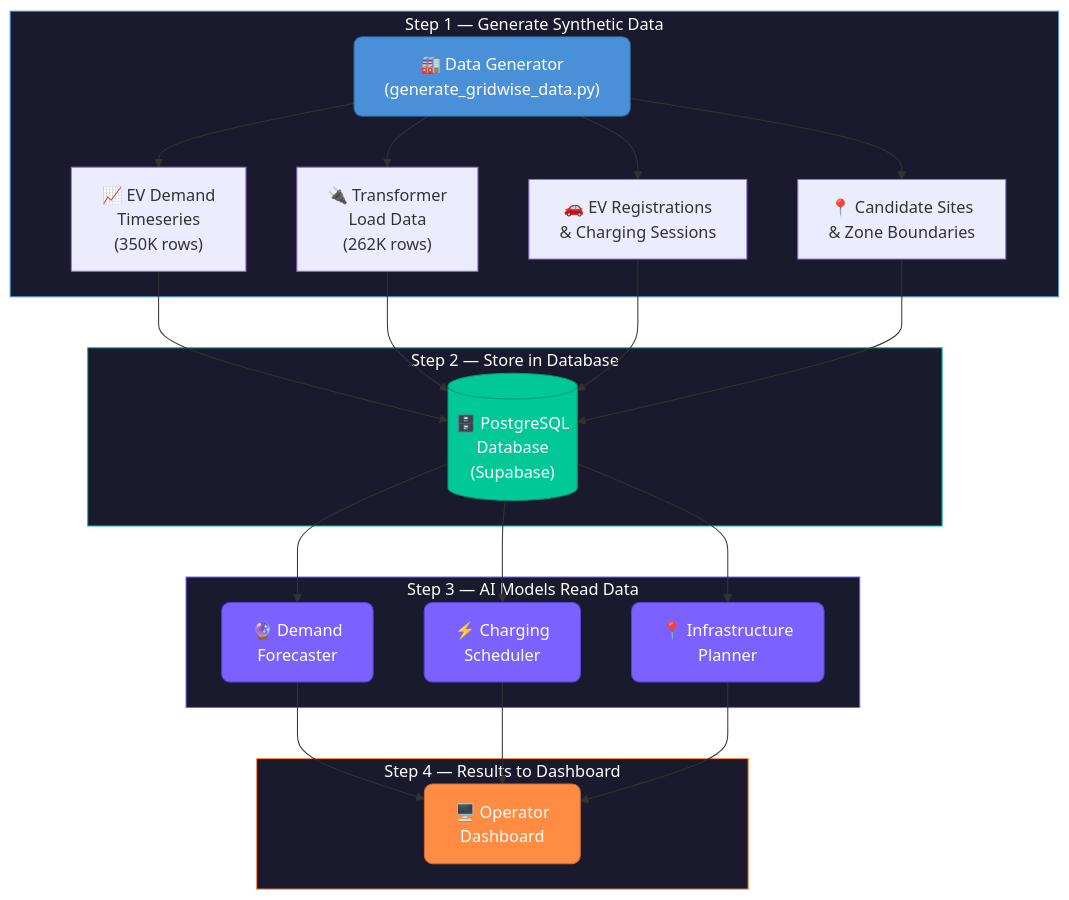
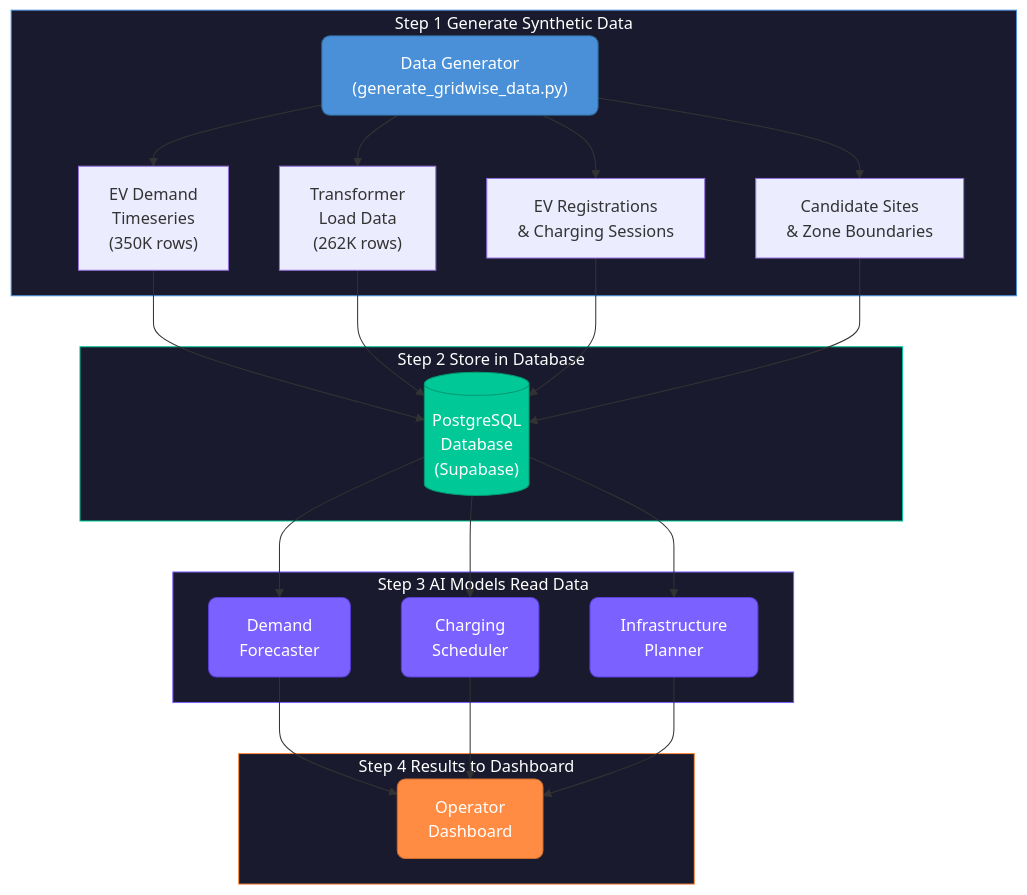
Before and after one commit to AbhimanRajCoder/VOLTARIS-AI: the second of 9 diagrams in README.md, drawn with Mermaid. The commit also changed other lines of this file, not shown here.

````diff
--- a/README.md
+++ b/README.md
@@ -330,46 +433,46 @@
 ```mermaid
 flowchart TD
-    subgraph Step1["Step 1 — Generate Synthetic Data"]
-        GEN["🏭 Data Generator\n(generate_gridwise_data.py)"]
-        GEN --> D1["📈 EV Demand\nTimeseries\n(350K rows)"]
-        GEN --> D2["🔌 Transformer\nLoad Data\n(262K rows)"]
-        GEN --> D3["🚗 EV Registrations\n& Charging Sessions"]
-        GEN --> D4["📍 Candidate Sites\n& Zone Boundaries"]
-    end
+  subgraph Step1["Step 1 Generate Synthetic Data"]
+    GEN[" Data Generator\n(generate_gridwise_data.py)"]
+    GEN --> D1[" EV Demand\nTimeseries\n(350K rows)"]
+    GEN --> D2[" Transformer\nLoad Data\n(262K rows)"]
+    GEN --> D3[" EV Registrations\n& Charging Sessions"]
+    GEN --> D4[" Candidate Sites\n& Zone Boundaries"]
+  end
 
-    subgraph Step2["Step 2 — Store in Database"]
-        DB[("🗄️ PostgreSQL\nDatabase\n(Supabase)")]
-    end
+  subgraph Step2["Step 2 Store in Database"]
+    DB[(" PostgreSQL\nDatabase\n(Supabase)")]
+  end
 
-    subgraph Step3["Step 3 — AI Models Read Data"]
-        ML1["🔮 Demand\nForecaster"]
-        ML2["⚡ Charging\nScheduler"]
-        ML3["📍 Infrastructure\nPlanner"]
-    end
+  subgraph Step3["Step 3 AI Models Read Data"]
+    ML1[" Demand\nForecaster"]
+    ML2[" Charging\nScheduler"]
+    ML3[" Infrastructure\nPlanner"]
+  end
 
-    subgraph Step4["Step 4 — Results to Dashboard"]
-        DASH["🖥️ Operator\nDashboard"]
-    end
+  subgraph Step4["Step 4 Results to Dashboard"]
+    DASH[" Operator\nDashboard"]
+  end
 
-    D1 --> DB
-    D2 --> DB
-    D3 --> DB
-    D4 --> DB
-    DB --> ML1
-    DB --> ML2
-    DB --> ML3
-    ML1 --> DASH
-    ML2 --> DASH
-    ML3 --> DASH
+  D1 --> DB
+  D2 --> DB
+  D3 --> DB
+  D4 --> DB
+  DB --> ML1
+  DB --> ML2
+  DB --> ML3
+  ML1 --> DASH
+  ML2 --> DASH
+  ML3 --> DASH
 
-    style Step1 fill:#1a1a2e,stroke:#4A90D9,color:#fff
-    style Step2 fill:#1a1a2e,stroke:#00C896,color:#fff
-    style Step3 fill:#1a1a2e,stroke:#7B61FF,color:#fff
-    style Step4 fill:#1a1a2e,stroke:#FF8C42,color:#fff
-    style GEN fill:#4A90D9,stroke:#2C5F8A,color:#fff,rx:8
-    style DB fill:#00C896,stroke:#009970,color:#fff,rx:8
-    style DASH fill:#FF8C42,stroke:#CC6E30,color:#fff,rx:8
-    style ML1 fill:#7B61FF,stroke:#5A3FD9,color:#fff,rx:8
-    style ML2 fill:#7B61FF,stroke:#5A3FD9,color:#fff,rx:8
-    style ML3 fill:#7B61FF,stroke:#5A3FD9,color:#fff,rx:8
+  style Step1 fill:#1a1a2e,stroke:#4A90D9,color:#fff
+  style Step2 fill:#1a1a2e,stroke:#00C896,color:#fff
+  style Step3 fill:#1a1a2e,stroke:#7B61FF,color:#fff
+  style Step4 fill:#1a1a2e,stroke:#FF8C42,color:#fff
+  style GEN fill:#4A90D9,stroke:#2C5F8A,color:#fff,rx:8
+  style DB fill:#00C896,stroke:#009970,color:#fff,rx:8
+  style DASH fill:#FF8C42,stroke:#CC6E30,color:#fff,rx:8
+  style ML1 fill:#7B61FF,stroke:#5A3FD9,color:#fff,rx:8
+  style ML2 fill:#7B61FF,stroke:#5A3FD9,color:#fff,rx:8
+  style ML3 fill:#7B61FF,stroke:#5A3FD9,color:#fff,rx:8
 ```
````
